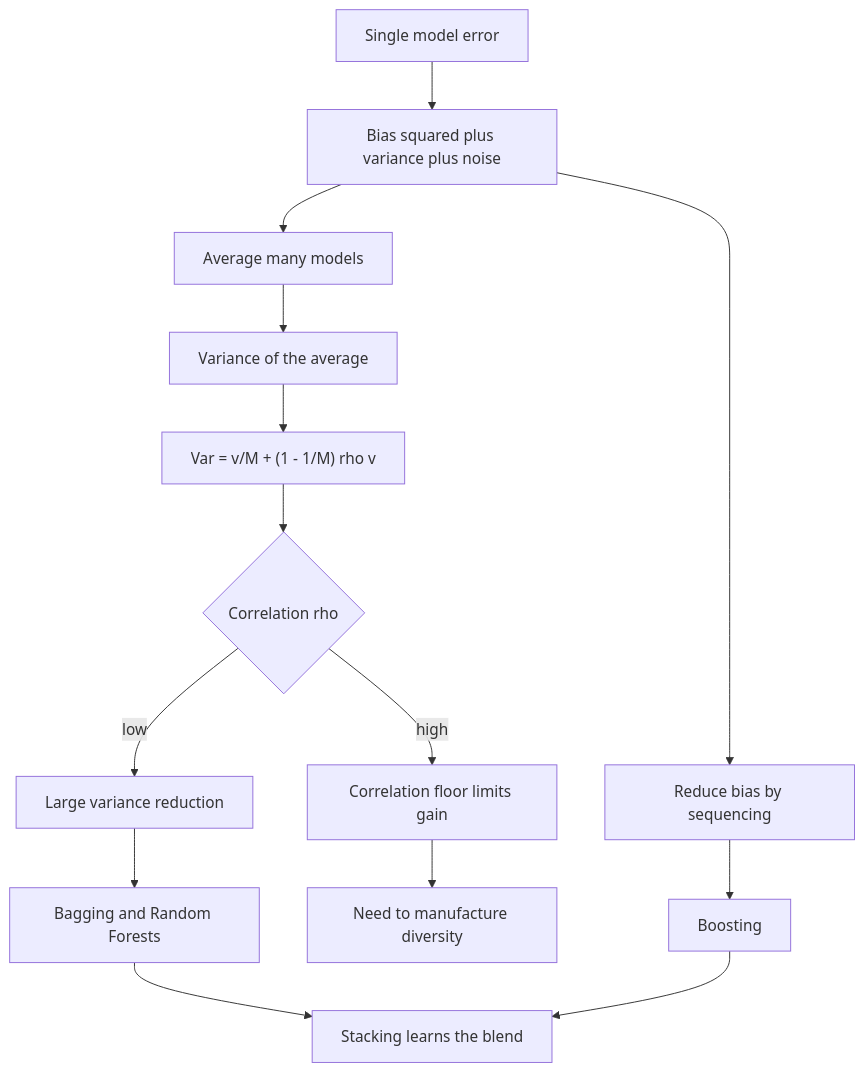
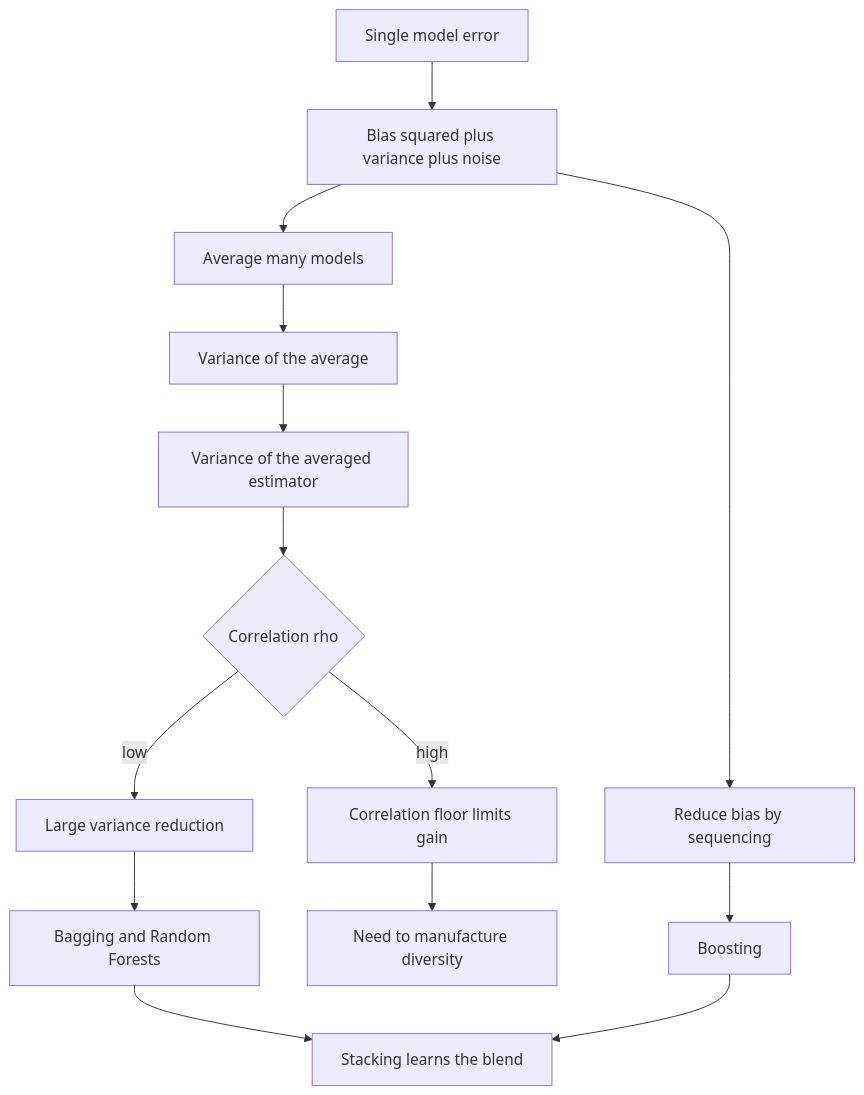
Before and after one commit to mikenguyen13/ai_in_action: the first of 2 diagrams in 100-ensemble-methods-principles.qmd, drawn with Mermaid. The commit also changed other lines of this file and 52 other files, not shown here.

Commit message:
Fix Mermaid rendering in 22 chapters: remove ampersands and br tags from node labels, move detail to tables

````diff
--- a/100-ensemble-methods-principles.qmd
+++ b/100-ensemble-methods-principles.qmd
@@ -29,16 +29,16 @@
 ```{mermaid}
 flowchart TD
-    A[Single model error] --> B[Bias squared plus variance plus noise]
-    B --> C[Average many models]
-    C --> D[Variance of the average]
-    D --> E["Var = v/M + (1 - 1/M) rho v"]
-    E --> F{Correlation rho}
-    F -->|low| G[Large variance reduction]
-    F -->|high| H[Correlation floor limits gain]
-    G --> I[Bagging and Random Forests]
-    H --> J[Need to manufacture diversity]
-    B --> K[Reduce bias by sequencing]
-    K --> L[Boosting]
-    I --> M[Stacking learns the blend]
+    A["Single model error"] --> B["Bias squared plus variance plus noise"]
+    B --> C["Average many models"]
+    C --> D["Variance of the average"]
+    D --> E["Variance of the averaged estimator"]
+    E --> F{"Correlation rho"}
+    F -->|low| G["Large variance reduction"]
+    F -->|high| H["Correlation floor limits gain"]
+    G --> I["Bagging and Random Forests"]
+    H --> J["Need to manufacture diversity"]
+    B --> K["Reduce bias by sequencing"]
+    K --> L["Boosting"]
+    I --> M["Stacking learns the blend"]
     L --> M
 ```
````
